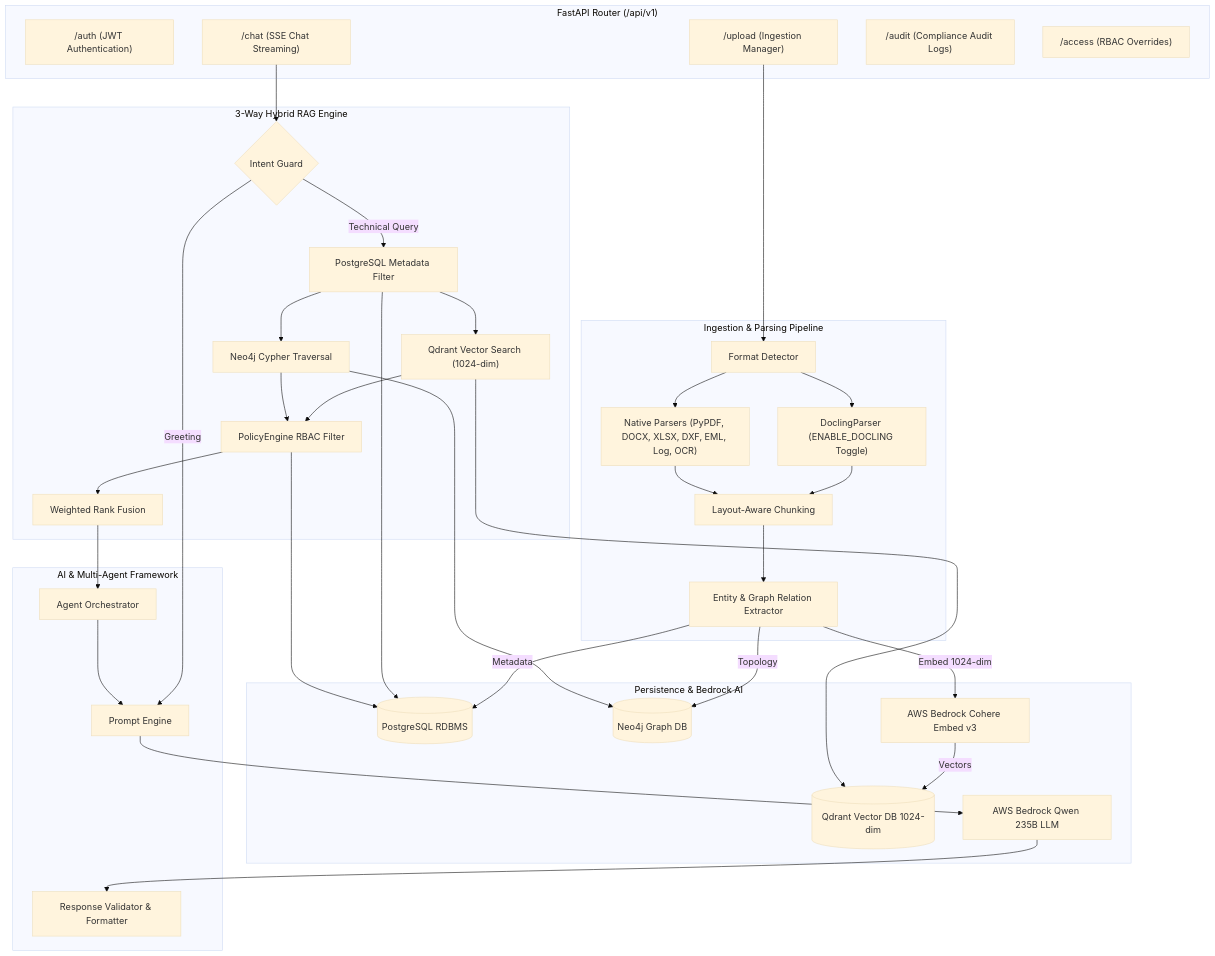
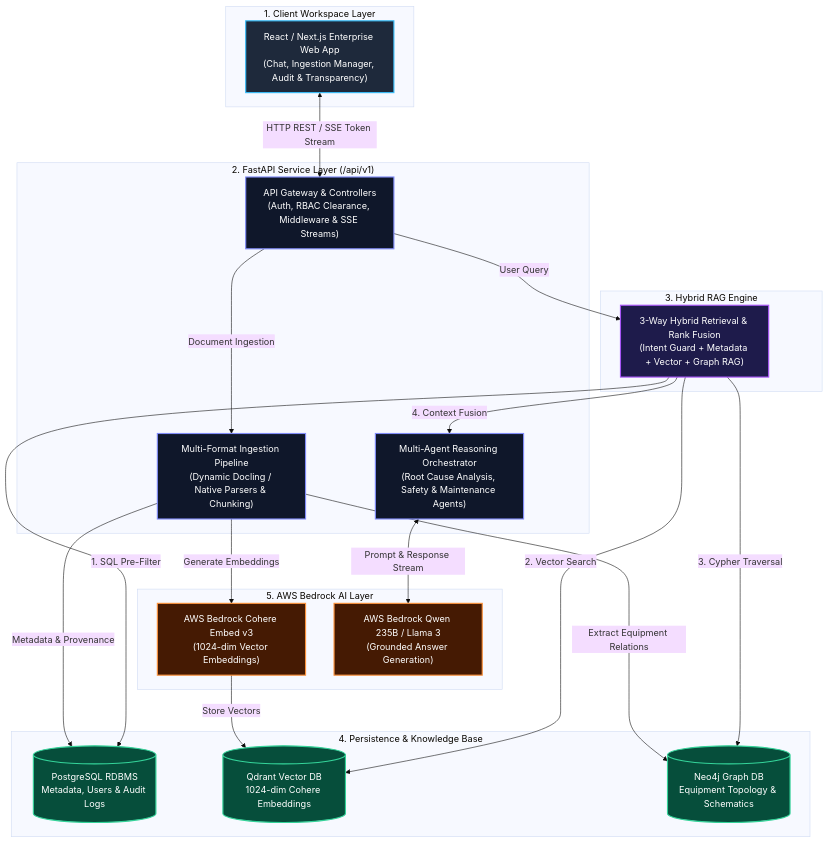
One commit to CHERRY0456/Sangrahalayamu---Unified-Brain-AI changed the diagram in backend/README.md. Above: the diagram before and after it, drawn with Mermaid (base theme). The commit also changed other lines of this file and 1 other file, not shown here.

````diff
--- a/backend/README.md
+++ b/backend/README.md
@@ -9,56 +9,49 @@
 ```mermaid
-flowchart TB
-    subgraph APILayer ["FastAPI Router (/api/v1)"]
-        AuthRouter["/auth (JWT Authentication)"]
-        UploadRouter["/upload (Ingestion Manager)"]
-        ChatRouter["/chat (SSE Chat Streaming)"]
-        AuditRouter["/audit (Compliance Audit Logs)"]
-        AccessRouter["/access (RBAC Overrides)"]
+graph TD
+    classDef frontend fill:#1e293b,stroke:#38bdf8,stroke-width:2px,color:#fff;
+    classDef backend fill:#0f172a,stroke:#818cf8,stroke-width:2px,color:#fff;
+    classDef rag fill:#1e1b4b,stroke:#a855f7,stroke-width:2px,color:#fff;
+    classDef storage fill:#064e3b,stroke:#34d399,stroke-width:2px,color:#fff;
+    classDef bedrock fill:#451a03,stroke:#fb923c,stroke-width:2px,color:#fff;
+
+    subgraph UserInterface ["1. Client Workspace Layer"]
+        UI["React / Next.js Enterprise Web App<br/>(Chat, Ingestion Manager, Audit & Transparency)"]:::frontend
     end
 
-    subgraph IngestionPipeline ["Ingestion & Parsing Pipeline"]
-        Detector["Format Detector"]
-        DoclingP["DoclingParser (ENABLE_DOCLING Toggle)"]
-        NativeParsers["Native Parsers (PyPDF, DOCX, XLSX, DXF, EML, Log, OCR)"]
-        Chunker["Layout-Aware Chunking"]
-        EntityExtractor["Entity & Graph Relation Extractor"]
+    subgraph ApplicationLayer ["2. FastAPI Service Layer (/api/v1)"]
+        API["API Gateway & Controllers<br/>(Auth, RBAC Clearance, Middleware & SSE Streams)"]:::backend
+        Ingestion["Multi-Format Ingestion Pipeline<br/>(Dynamic Docling / Native Parsers & Chunking)"]:::backend
+        Agents["Multi-Agent Reasoning Orchestrator<br/>(Root Cause Analysis, Safety & Maintenance Agents)"]:::backend
     end
 
-    subgraph HybridRetrieval ["3-Way Hybrid RAG Engine"]
-        IntentGuard{"Intent Guard"}
-        SqlPrefilter["PostgreSQL Metadata Filter"]
-        VectorSearch["Qdrant Vector Search (1024-dim)"]
-        GraphSearch["Neo4j Cypher Traversal"]
-        PolicyGuard["PolicyEngine RBAC Filter"]
-        RankFusion["Weighted Rank Fusion"]
+    subgraph HybridRAG ["3. Hybrid RAG Engine"]
+        Retrieval["3-Way Hybrid Retrieval & Rank Fusion<br/>(Intent Guard + Metadata + Vector + Graph RAG)"]:::rag
     end
 
-    subgraph AIReasoning ["AI & Multi-Agent Framework"]
-        AgentOrch["Agent Orchestrator"]
-        PromptBuilder["Prompt Engine"]
-        Validator["Response Validator & Formatter"]
+    subgraph DataPersistence ["4. Persistence & Knowledge Base"]
+        Postgres[(PostgreSQL RDBMS<br/>Metadata, Users & Audit Logs)]:::storage
+        Qdrant[(Qdrant Vector DB<br/>1024-dim Cohere Embeddings)]:::storage
+        Neo4j[(Neo4j Graph DB<br/>Equipment Topology & Schematics)]:::storage
     end
 
-    subgraph DataStorage ["Persistence & Bedrock AI"]
-        Postgres[(PostgreSQL RDBMS)]
-        Qdrant[(Qdrant Vector DB 1024-dim)]
-        Neo4j[(Neo4j Graph DB)]
-        BedrockEmbed[AWS Bedrock Cohere Embed v3]
-        BedrockLLM[AWS Bedrock Qwen 235B LLM]
+    subgraph FoundationAI ["5. AWS Bedrock AI Layer"]
+        Cohere["AWS Bedrock Cohere Embed v3<br/>(1024-dim Vector Embeddings)"]:::bedrock
+        LLM["AWS Bedrock Qwen 235B / Llama 3<br/>(Grounded Answer Generation)"]:::bedrock
     end
 
-    UploadRouter --> Detector --> DoclingP & NativeParsers --> Chunker --> EntityExtractor
-    EntityExtractor -->|Embed 1024-dim| BedrockEmbed -->|Vectors| Qdrant
-    EntityExtractor -->|Topology| Neo4j
-    EntityExtractor -->|Metadata| Postgres
-
-    ChatRouter --> IntentGuard
-    IntentGuard -->|Greeting| PromptBuilder
-    IntentGuard -->|Technical Query| SqlPrefilter
-    SqlPrefilter --> Postgres
-    SqlPrefilter --> VectorSearch & GraphSearch
-    VectorSearch --> Qdrant
-    GraphSearch --> Neo4j
-    VectorSearch & GraphSearch --> PolicyGuard --> Postgres
-    PolicyGuard --> RankFusion --> AgentOrch --> PromptBuilder --> BedrockLLM --> Validator
+    %% Data flow connections
+    UI <-->|HTTP REST / SSE Token Stream| API
+    API -->|Document Ingestion| Ingestion
+    API -->|User Query| Retrieval
+    
+    Ingestion -->|Metadata & Provenance| Postgres
+    Ingestion -->|Generate Embeddings| Cohere -->|Store Vectors| Qdrant
+    Ingestion -->|Extract Equipment Relations| Neo4j
+    
+    Retrieval -->|1. SQL Pre-Filter| Postgres
+    Retrieval -->|2. Vector Search| Qdrant
+    Retrieval -->|3. Cypher Traversal| Neo4j
+    
+    Retrieval -->|4. Context Fusion| Agents
+    Agents <-->|Prompt & Response Stream| LLM
 ```
````
